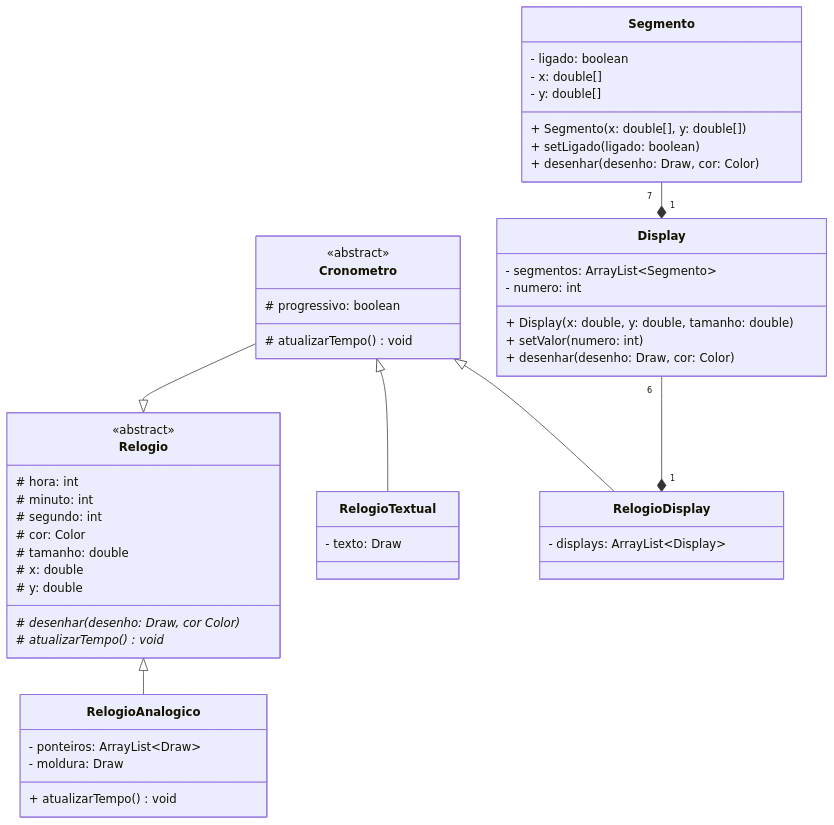
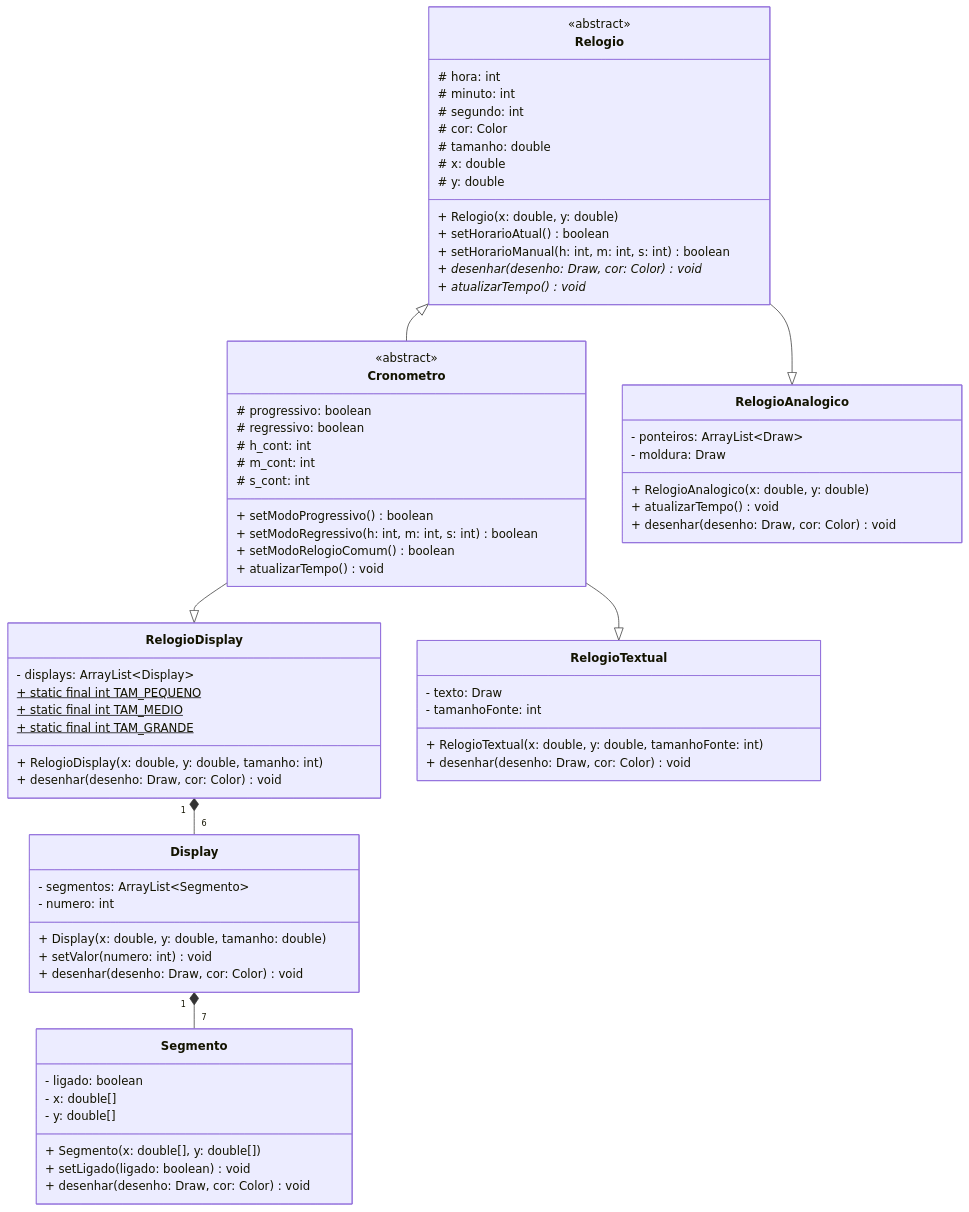
The diagram in lab_06/README.md (sfvini/POO), drawn with Mermaid before and after one commit. The commit also changed 2 other files, not shown here.

Commit message:
UML COMPLETO

````diff
--- a/lab_06/README.md
+++ b/lab_06/README.md
@@ -1,66 +1,83 @@
 ```mermaid
 classDiagram
-direction BT
+    direction TB
 
-    RelogioDisplay --|> Cronometro
-    RelogioTextual --|> Cronometro
-    RelogioAnalogico --|> Relogio
+    Cronometro --|> RelogioDisplay
+    Cronometro --|> RelogioTextual
+    Relogio --|> RelogioAnalogico
 
     RelogioDisplay "1" *-- "6" Display
     Display "1" *-- "7" Segmento
 
     Relogio <|-- Cronometro
-    
+
     class Relogio {
         <<abstract>>
-                # hora: int
-                # minuto: int
-                # segundo: int
-                # cor: Color
-                # tamanho: double
-                # x: double
-                # y: double
-                # desenhar(desenho: Draw, cor Color)*
-                # atualizarTempo() void*
+        # hora: int
+        # minuto: int
+        # segundo: int
+        # cor: Color
+        # tamanho: double
+        # x: double
+        # y: double
+        + Relogio(x: double, y: double)
+        + setHorarioAtual() boolean
+        + setHorarioManual(h: int, m: int, s: int) boolean 
+        + desenhar(desenho: Draw, cor: Color)* void
+        + atualizarTempo()* void
     }
 
     class Cronometro {
         <<abstract>>
-        # progressivo: boolean
-        # atualizarTempo() void
+        # progressivo: boolean 
+        # regressivo: boolean 
+        # h_cont: int 
+        # m_cont: int 
+        # s_cont: int
+        + setModoProgressivo() boolean
+        + setModoRegressivo(h: int, m: int, s: int) boolean
+        + setModoRelogioComum() boolean 
+        + atualizarTempo() void
     }
 
     class RelogioDisplay {
-        - displays: ArrayList~Display~
+        - displays: ArrayList~Display~ 
+        + static final int TAM_PEQUENO$
+        + static final int TAM_MEDIO$
+        + static final int TAM_GRANDE$
+        + RelogioDisplay(x: double, y: double, tamanho: int) 
+        + desenhar(desenho: Draw, cor: Color) void
     }
 
     class RelogioTextual {
-        - texto: Draw
+        - texto: Draw 
+        - tamanhoFonte: int
+        + RelogioTextual(x: double, y: double, tamanhoFonte: int) 
+        + desenhar(desenho: Draw, cor: Color) void
     }
 
     class RelogioAnalogico {
-        - ponteiros: ArrayList~Draw~
-        - moldura: Draw
+        - ponteiros: ArrayList~Draw~ 
+        - moldura: Draw 
+        + RelogioAnalogico(x: double, y: double) 
         + atualizarTempo() void
+        + desenhar(desenho: Draw, cor: Color) void 
     }
 
     class Display {
         - segmentos: ArrayList~Segmento~
-        - numero: int
-        + Display(x: double, y: double, tamanho: double)
-        + setValor(numero: int)
-        + desenhar(desenho: Draw, cor: Color)
+        - numero: int 
+        + Display(x: double, y: double, tamanho: double) 
+        + setValor(numero: int) void 
+        + desenhar(desenho: Draw, cor: Color) void
     }
 
     class Segmento {
-        - ligado: boolean
+        - ligado: boolean 
         - x: double[]
-        - y: double[]
+        - y: double[] 
         + Segmento(x: double[], y: double[])
-        + setLigado(ligado: boolean)
-        + desenhar(desenho: Draw, cor: Color)
+        + setLigado(ligado: boolean) void
+        + desenhar(desenho: Draw, cor: Color) void
     }
-
-
-
 ```
````
